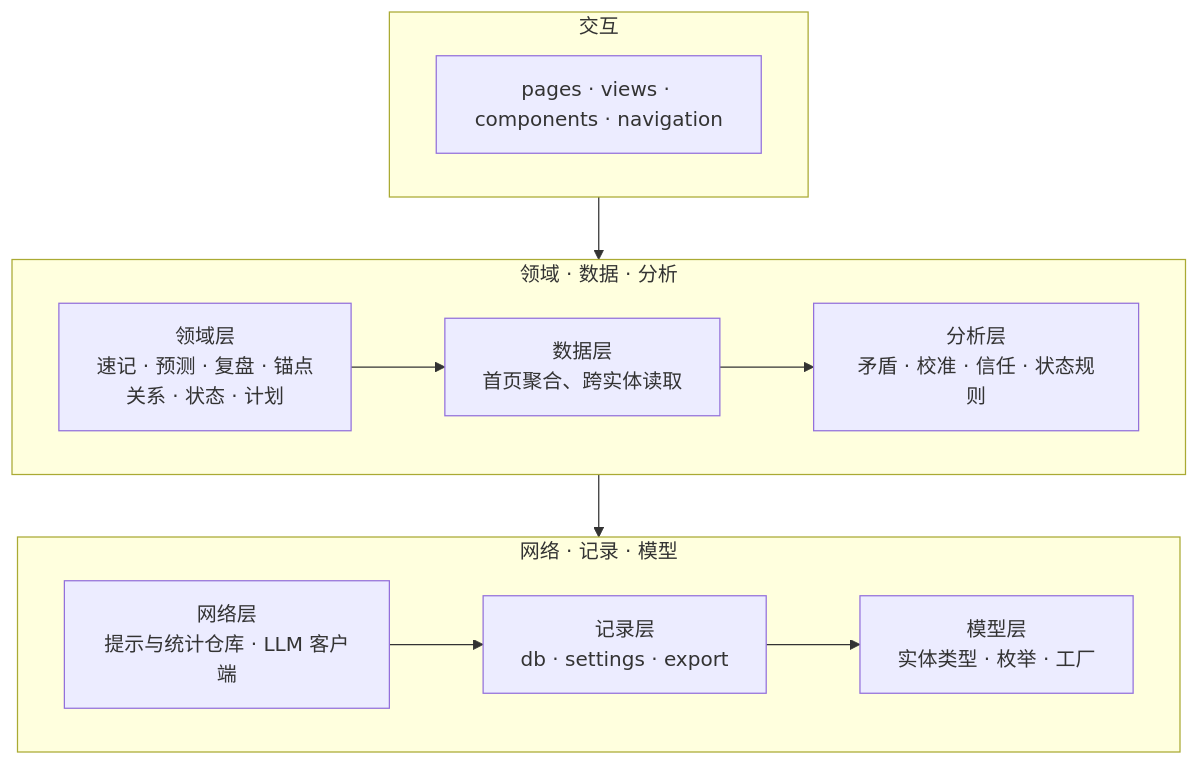
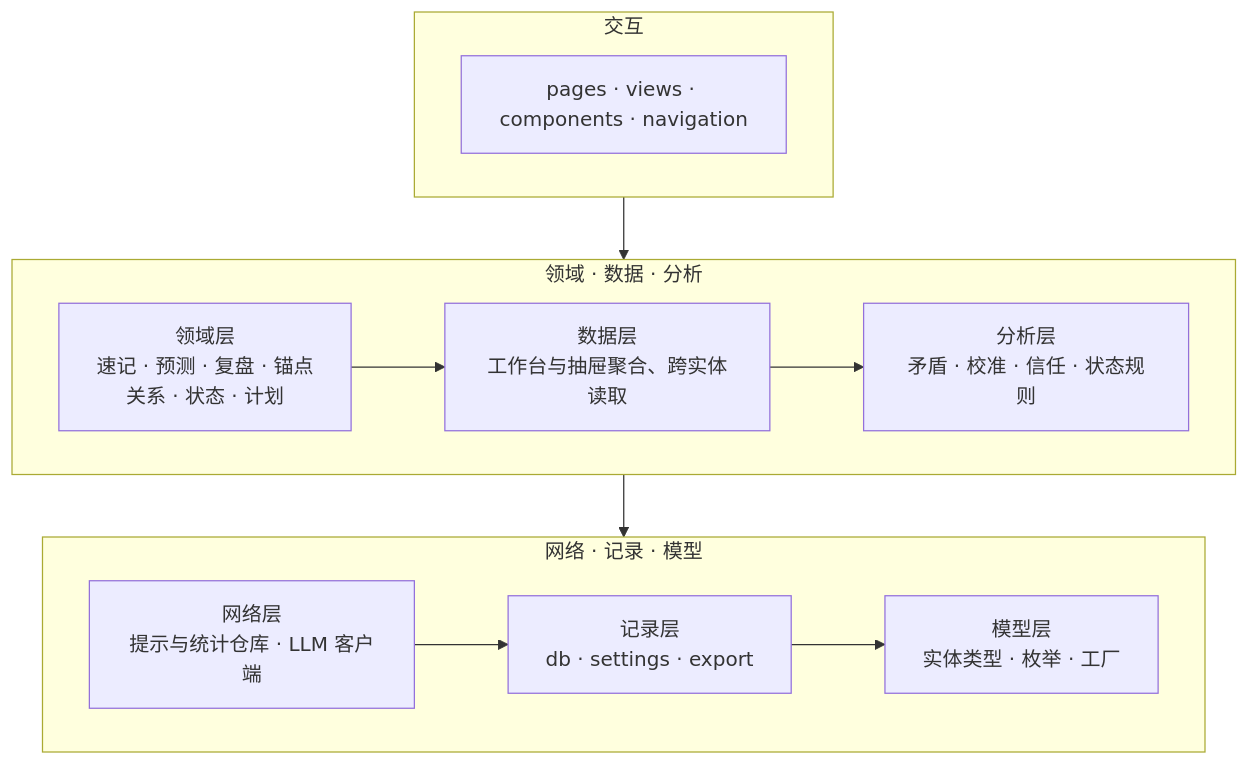
Before and after one commit to SunshineMahiru/cogit-lucid-workbench: the diagram in README.zh-CN.md, drawn with Mermaid. The commit also changed other lines of this file and 1 other file, not shown here.

````diff
--- a/README.zh-CN.md
+++ b/README.zh-CN.md
@@ -67,20 +70,20 @@
 ```mermaid
 flowchart TB
   subgraph surface["交互"]
     interaction["pages · views · components · navigation"]
   end
   subgraph core["领域 · 数据 · 分析"]
     domain["领域层<br/>速记 · 预测 · 复盘 · 锚点<br/>关系 · 状态 · 计划"]
-    data["数据层<br/>首页聚合、跨实体读取"]
+    data["数据层<br/>工作台与抽屉聚合、跨实体读取"]
     analysis["分析层<br/>矛盾 · 校准 · 信任 · 状态规则"]
     domain --> data --> analysis
   end
   subgraph foundation["网络 · 记录 · 模型"]
     network["网络层<br/>提示与统计仓库 · LLM 客户端"]
     records["记录层<br/>db · settings · export"]
     model["模型层<br/>实体类型 · 枚举 · 工厂"]
     network --> records --> model
   end
   surface --> core
   core --> foundation
 ```
````
